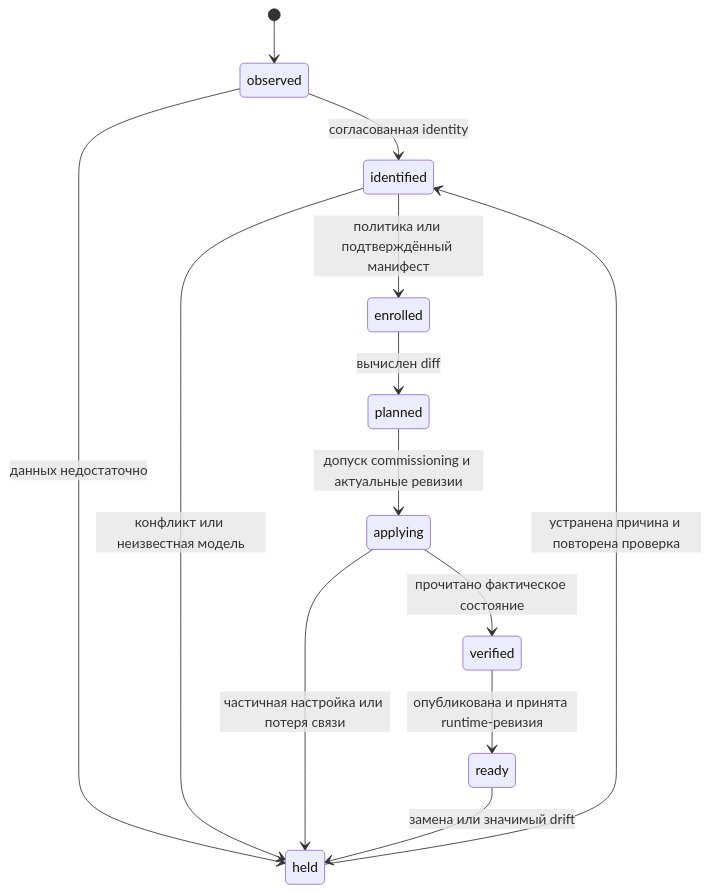
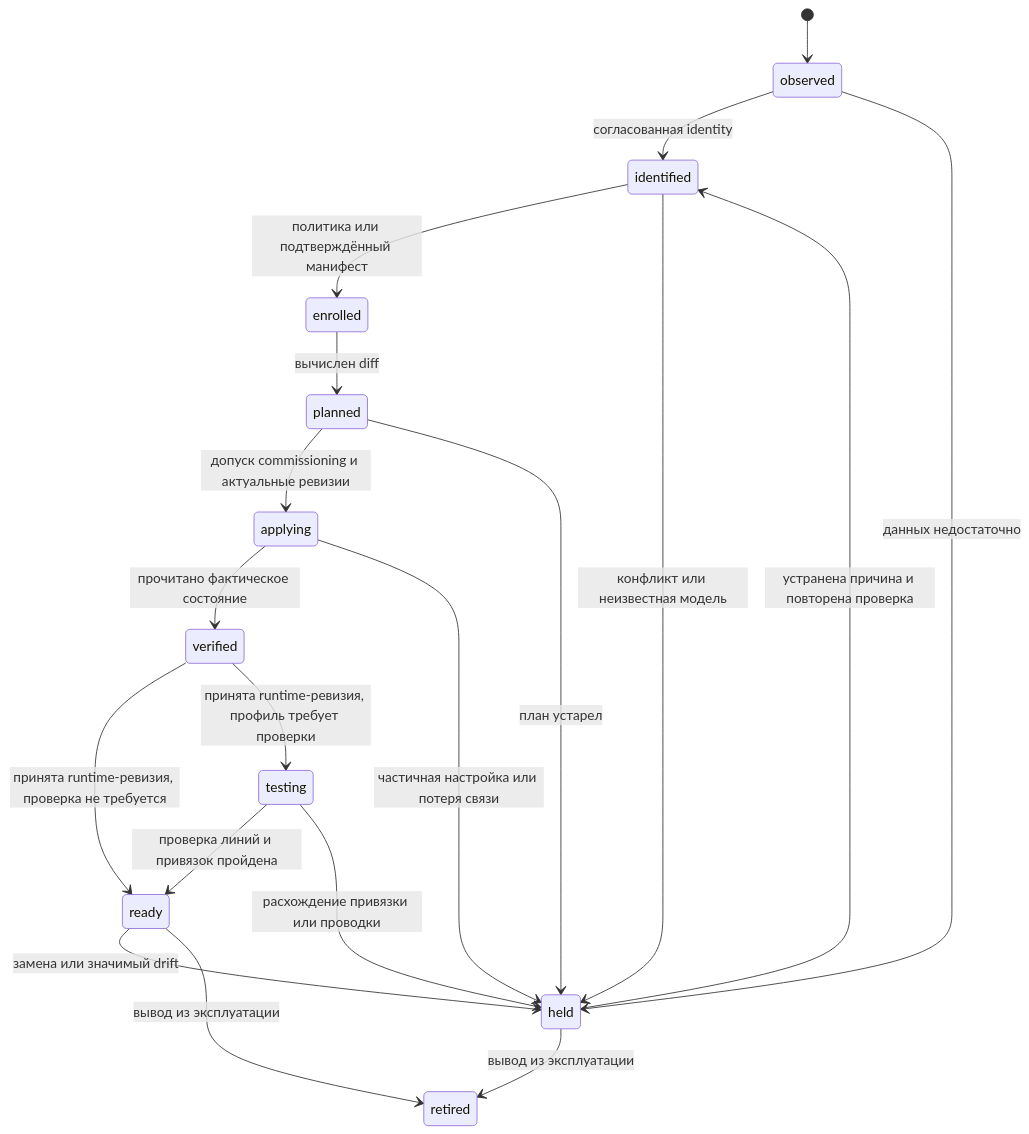
Before and after one commit to kmlebedev/EVcomm: the second of 2 diagrams in docs/hardware_discovery_provisioning_architecture_2026-09-25.md, drawn with Mermaid. The commit also changed other lines of this file and 5 other files, not shown here.

````diff
--- a/docs/hardware_discovery_provisioning_architecture_2026-09-25.md
+++ b/docs/hardware_discovery_provisioning_architecture_2026-09-25.md
@@ -268,15 +355,21 @@
 ```mermaid
 stateDiagram-v2
     [*] --> observed
     observed --> identified: согласованная identity
     identified --> enrolled: политика или подтверждённый манифест
     enrolled --> planned: вычислен diff
     planned --> applying: допуск commissioning и актуальные ревизии
     applying --> verified: прочитано фактическое состояние
-    verified --> ready: опубликована и принята runtime-ревизия
+    verified --> ready: принята runtime-ревизия, проверка не требуется
+    verified --> testing: принята runtime-ревизия, профиль требует проверки
+    testing --> ready: проверка линий и привязок пройдена
     observed --> held: данных недостаточно
     identified --> held: конфликт или неизвестная модель
+    planned --> held: план устарел
     applying --> held: частичная настройка или потеря связи
+    testing --> held: расхождение привязки или проводки
     ready --> held: замена или значимый drift
     held --> identified: устранена причина и повторена проверка
+    held --> retired: вывод из эксплуатации
+    ready --> retired: вывод из эксплуатации
 ```
````
